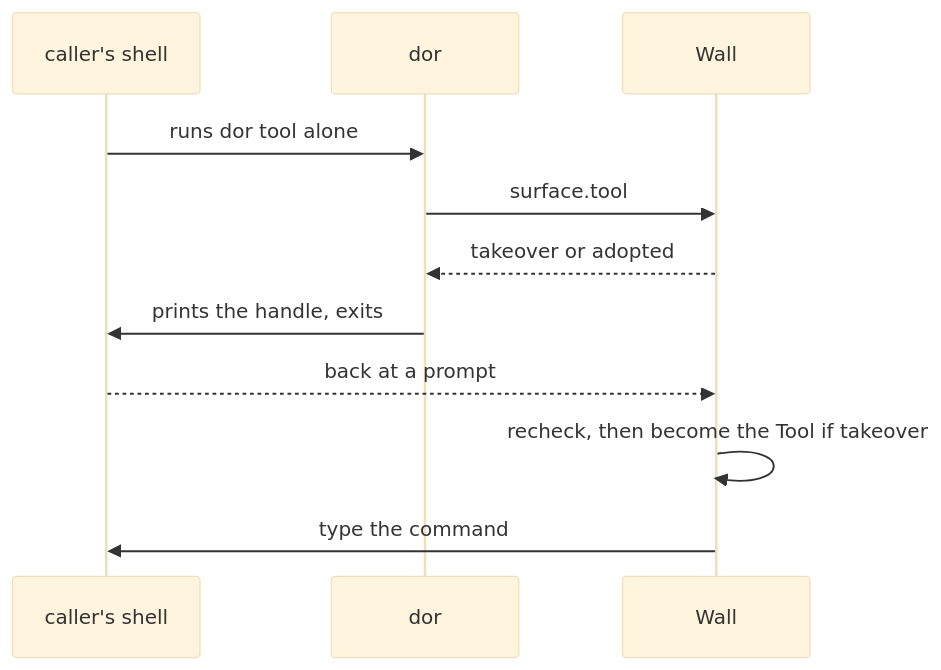
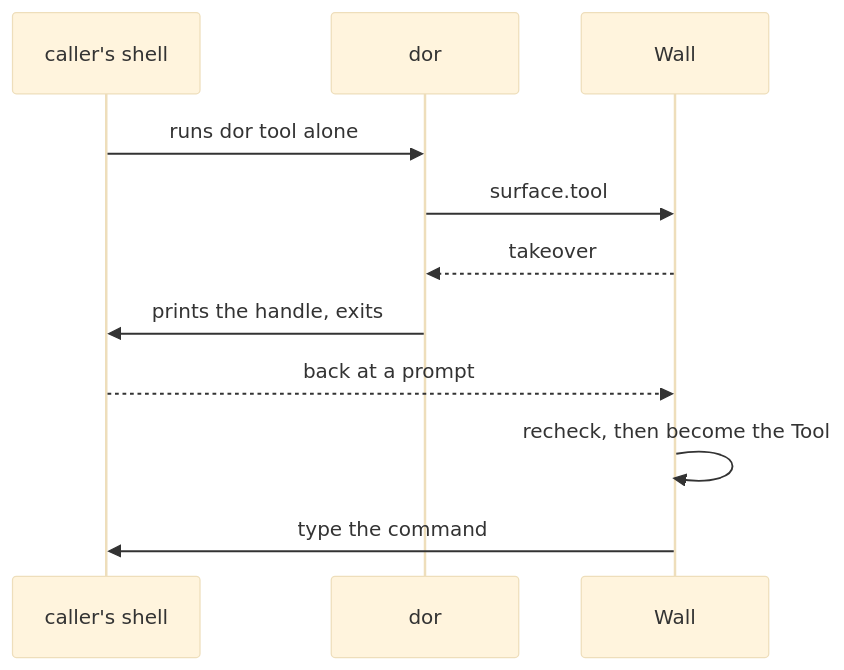
Before and after one commit to diffplug/dormouse: the third of 3 diagrams in docs/specs/dor-tool.md, drawn with Mermaid (base theme). The commit also changed other lines of this file and 5 other files, not shown here.

````diff
--- a/docs/specs/dor-tool.md
+++ b/docs/specs/dor-tool.md
@@ -323,13 +323,13 @@
 ```mermaid
 sequenceDiagram
   participant Sh as caller's shell
   participant D as dor
   participant W as Wall
   Sh->>D: runs dor tool alone
   D->>W: surface.tool
-  W-->>D: takeover or adopted
+  W-->>D: takeover
   D->>Sh: prints the handle, exits
   Sh-->>W: back at a prompt
-  W->>W: recheck, then become the Tool if takeover
+  W->>W: recheck, then become the Tool
   W->>Sh: type the command
 ```
````
